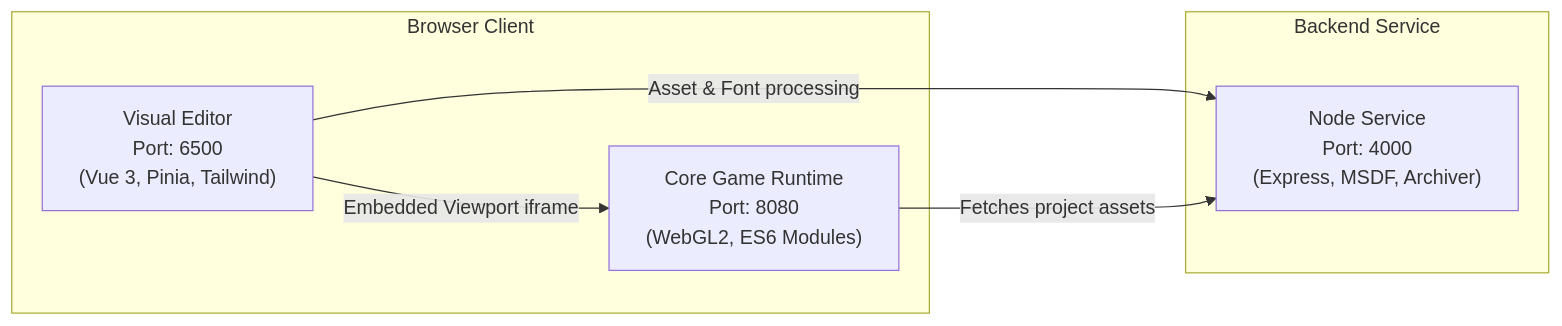
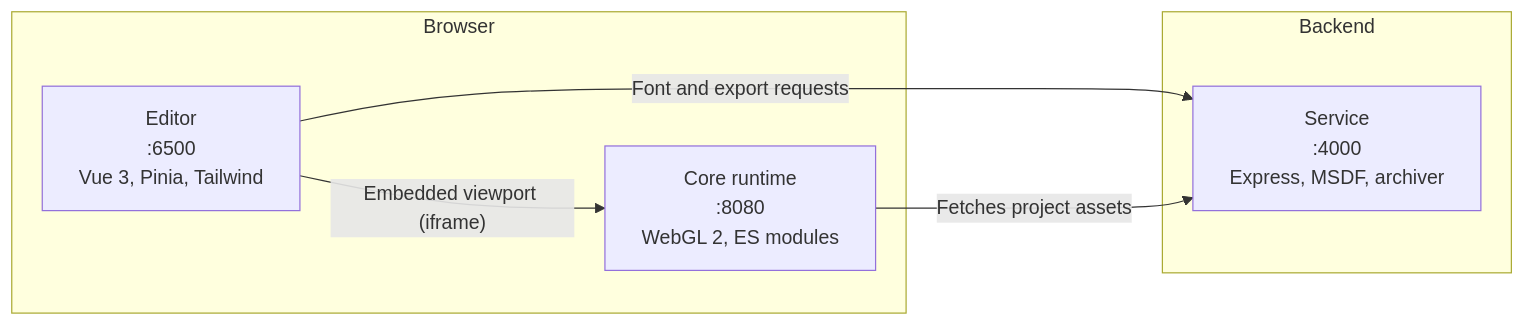
One commit to haikal-adnan/lupis-engine changed the first of 3 diagrams in docs/architecture.md. Above: the diagram before and after it, drawn with Mermaid. The commit also changed other lines of this file and 167 other files, not shown here.

Commit message:
New Schema

````diff
--- a/docs/architecture.md
+++ b/docs/architecture.md
@@ -11,15 +5,15 @@
 ```mermaid
 flowchart LR
-    subgraph Client ["Browser Client"]
-        Editor["Visual Editor\nPort: 6500\n(Vue 3, Pinia, Tailwind)"]
-        Core["Core Game Runtime\nPort: 8080\n(WebGL2, ES6 Modules)"]
+    subgraph Client ["Browser"]
+        Editor["Editor<br/>:6500<br/>Vue 3, Pinia, Tailwind"]
+        Core["Core runtime<br/>:8080<br/>WebGL 2, ES modules"]
     end
 
-    subgraph Server ["Backend Service"]
-        Service["Node Service\nPort: 4000\n(Express, MSDF, Archiver)"]
+    subgraph Server ["Backend"]
+        Service["Service<br/>:4000<br/>Express, MSDF, archiver"]
     end
 
-    Editor -->|"Embedded Viewport iframe"| Core
-    Editor -->|"Asset & Font processing"| Service
+    Editor -->|"Embedded viewport (iframe)"| Core
+    Editor -->|"Font and export requests"| Service
     Core -->|"Fetches project assets"| Service
 ```
````
